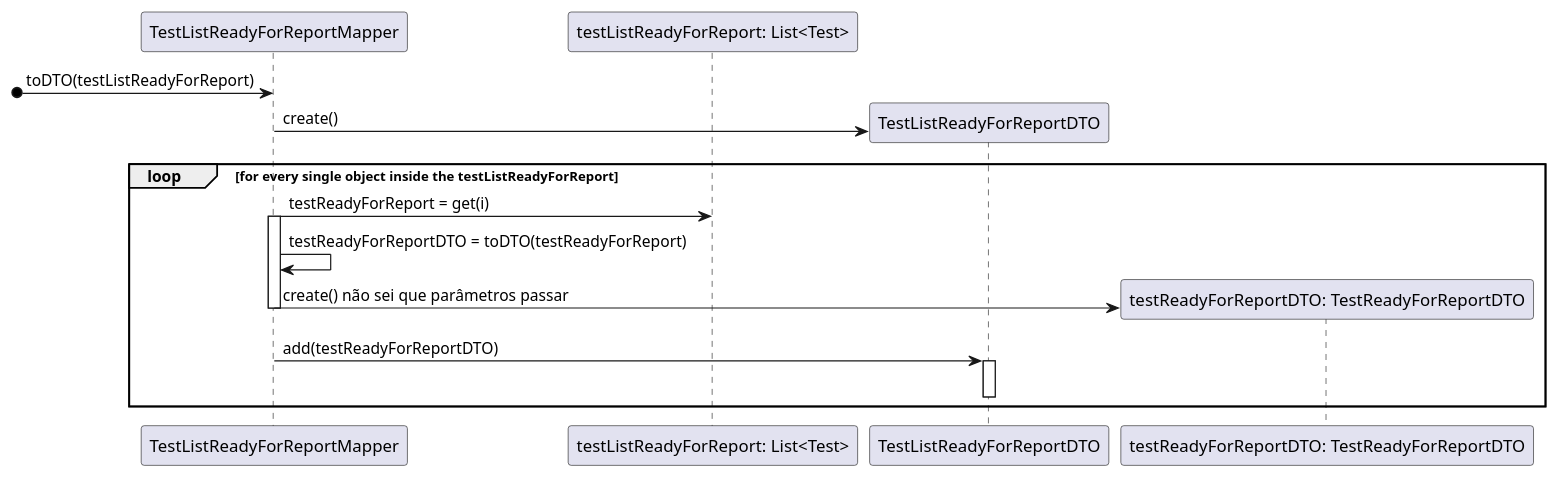
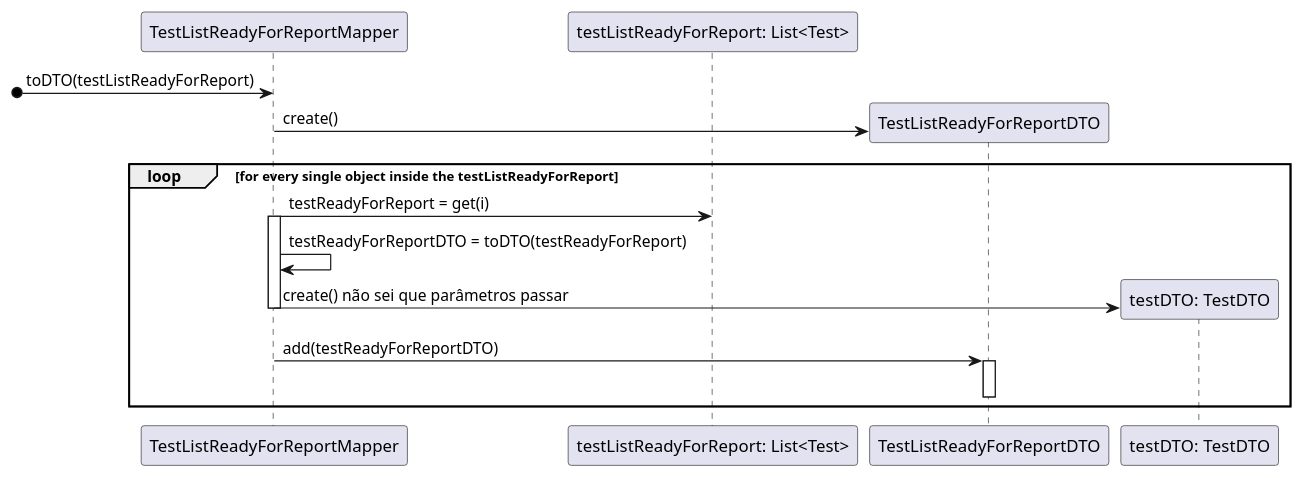
One commit to MadDinosaur/ISEP-LAPR2 changed the diagram in docs/SprintC/US14/SD_TestListReadyForReportToDTO.puml. Above: the diagram before and after it, drawn with PlantUML. The commit also changed 15 other files, not shown here.

```diff
--- a/docs/SprintC/US14/SD_TestListReadyForReportToDTO.puml
+++ b/docs/SprintC/US14/SD_TestListReadyForReportToDTO.puml
@@ -1,21 +1,24 @@
 @startuml
+
 participant TestListReadyForReportMapper as tlrm
 participant "testListReadyForReport: List<Test>" as tlrfr
 participant TestListReadyForReportDTO as tlrdto
-participant "testReadyForReportDTO: TestReadyForReportDTO" as trfrdto
+participant "testDTO: TestDTO" as tdto
+
+
 
 [o-> tlrm: toDTO(testListReadyForReport)
 create tlrdto
 tlrm -> tlrdto: create()
 loop for every single object inside the testListReadyForReport
 tlrm -> tlrfr: testReadyForReport = get(i)
 activate tlrm
 tlrm -> tlrm: testReadyForReportDTO = toDTO(testReadyForReport)
-create trfrdto
-tlrm -> trfrdto: create() não sei que parâmetros passar
+create tdto
+tlrm -> tdto: create() não sei que parâmetros passar
 deactivate tlrm
 tlrm -> tlrdto: add(testReadyForReportDTO)
 activate tlrdto
 deactivate tlrdto
 end loop
 @enduml
```
